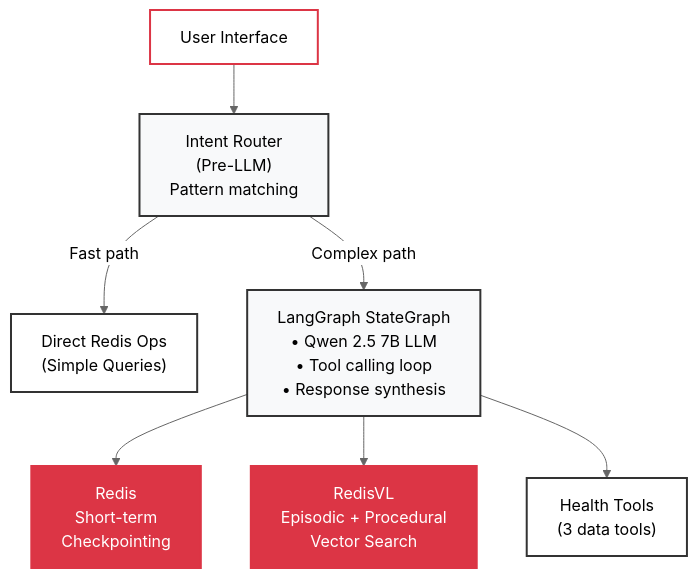
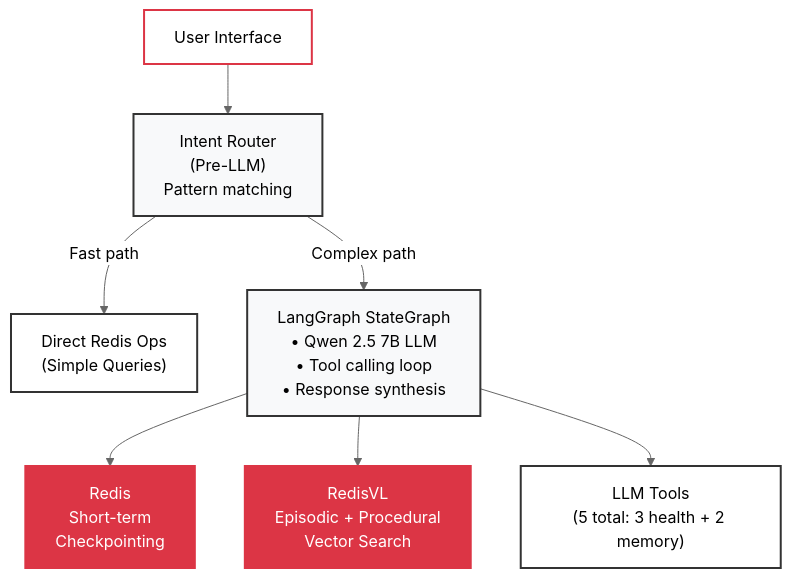
One commit to AllieRays/redis-wellness changed the first of 2 diagrams in docs/STATEFUL_AGENT.md. Above: the diagram before and after it, drawn with Mermaid (neutral theme). The commit also changed other lines of this file, not shown here.

````diff
--- a/docs/STATEFUL_AGENT.md
+++ b/docs/STATEFUL_AGENT.md
@@ -44,28 +32,28 @@
 ```mermaid
 flowchart TB
     UI["User Interface"]
     Router["Intent Router<br/>(Pre-LLM)<br/>Pattern matching"]
 
     FastPath["Direct Redis Ops<br/>(Simple Queries)"]
     ComplexPath["LangGraph StateGraph<br/>• Qwen 2.5 7B LLM<br/>• Tool calling loop<br/>• Response synthesis"]
 
     RedisShort["Redis<br/>Short-term<br/>Checkpointing"]
     RedisVL["RedisVL<br/>Episodic + Procedural<br/>Vector Search"]
-    Tools["Health Tools<br/>(3 data tools)"]
+    Tools["LLM Tools<br/>(5 total: 3 health + 2 memory)"]
 
     UI --> Router
     Router -->|"Fast path"| FastPath
     Router -->|"Complex path"| ComplexPath
 
     ComplexPath --> RedisShort
     ComplexPath --> RedisVL
     ComplexPath --> Tools
 
     style UI fill:#fff,stroke:#dc3545,stroke-width:2px,color:#000
     style Router fill:#f8f9fa,stroke:#333,stroke-width:2px,color:#000
     style FastPath fill:#fff,stroke:#333,stroke-width:2px,color:#000
     style ComplexPath fill:#f8f9fa,stroke:#333,stroke-width:2px,color:#000
     style RedisShort fill:#dc3545,stroke:#dc3545,stroke-width:2px,color:#fff
     style RedisVL fill:#dc3545,stroke:#dc3545,stroke-width:2px,color:#fff
     style Tools fill:#fff,stroke:#333,stroke-width:2px,color:#000
 ```
````
